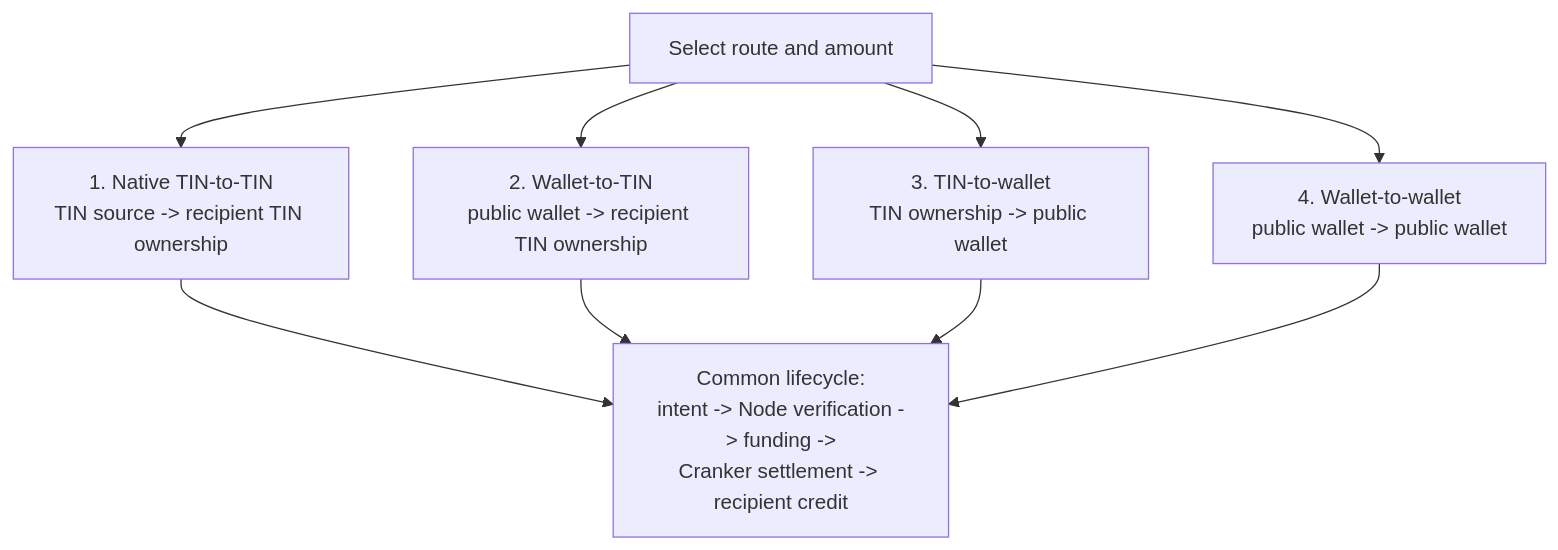
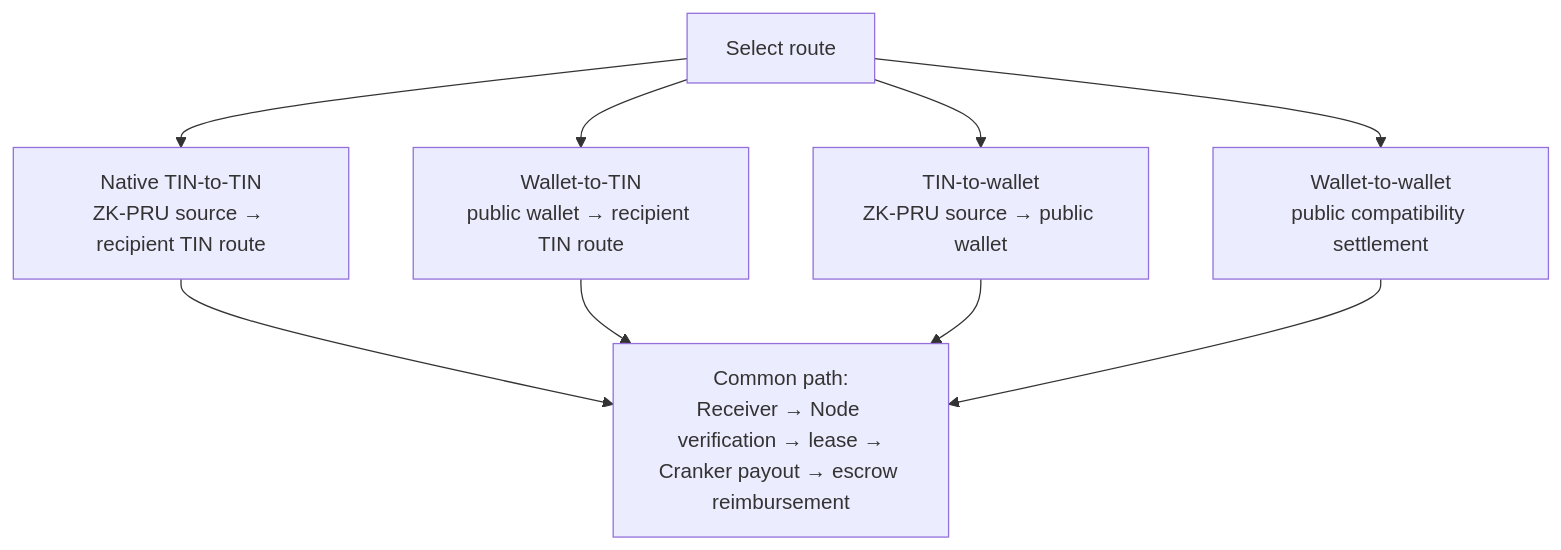
The second of 2 diagrams in docs/tsn-transaction-explorer.md (bigdreamsweb3/trustlink-pay), drawn with Mermaid before and after one commit. The commit also changed other lines of this file and 11 other files, not shown here.

````diff
--- a/docs/tsn-transaction-explorer.md
+++ b/docs/tsn-transaction-explorer.md
@@ -117,12 +91,12 @@
 ```mermaid
 flowchart TD
-    SELECT["Select route and amount"]
-    SELECT --> A["1. Native TIN-to-TIN<br/>TIN source -> recipient TIN ownership"]
-    SELECT --> B["2. Wallet-to-TIN<br/>public wallet -> recipient TIN ownership"]
-    SELECT --> C["3. TIN-to-wallet<br/>TIN ownership -> public wallet"]
-    SELECT --> D["4. Wallet-to-wallet<br/>public wallet -> public wallet"]
-    A --> COMMON["Common lifecycle:<br/>intent -> Node verification -> funding -><br/>Cranker settlement -> recipient credit"]
-    B --> COMMON
-    C --> COMMON
-    D --> COMMON
+    SELECT["Select route"]
+    SELECT --> T2T["Native TIN-to-TIN<br/>ZK-PRU source → recipient TIN route"]
+    SELECT --> W2T["Wallet-to-TIN<br/>public wallet → recipient TIN route"]
+    SELECT --> T2W["TIN-to-wallet<br/>ZK-PRU source → public wallet"]
+    SELECT --> W2W["Wallet-to-wallet<br/>public compatibility settlement"]
+    T2T --> COMMON["Common path:<br/>Receiver → Node verification → lease →<br/>Cranker payout → escrow reimbursement"]
+    W2T --> COMMON
+    T2W --> COMMON
+    W2W --> COMMON
 ```
````
